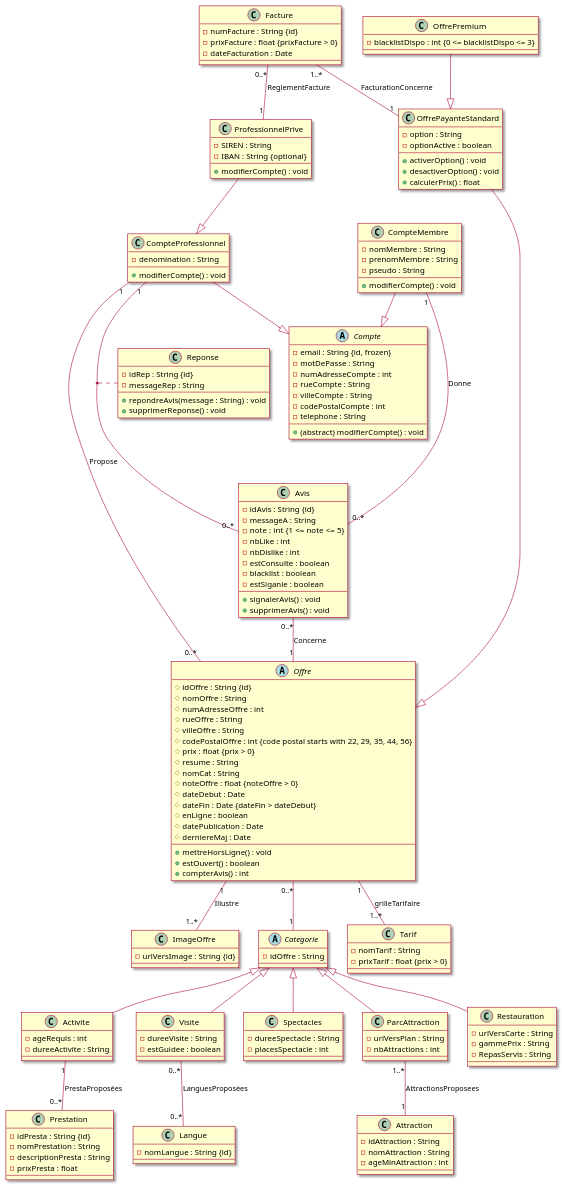
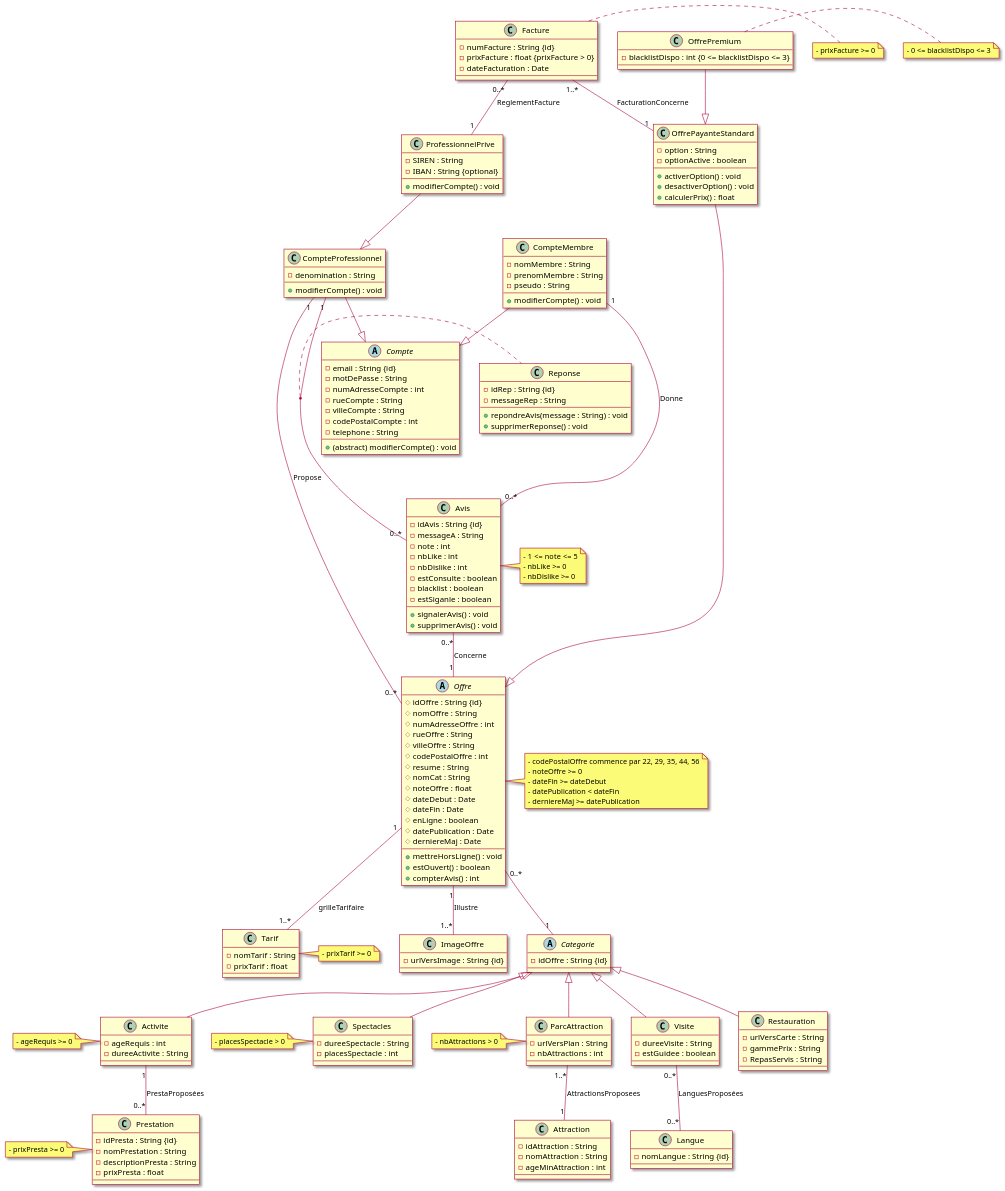
Before and after one commit to ArianeGL/c1.2-srfc: the diagram in bdd/uml.puml, drawn with PlantUML. The commit also changed 1 other file, not shown here.

```diff
--- a/bdd/uml.puml
+++ b/bdd/uml.puml
@@ -3,7 +3,7 @@
 skin rose
 
 abstract class Compte {
-  - email : String {id, frozen}
+  - email : String {id}
   - motDePasse : String
   - numAdresseCompte : int
   - rueCompte : String
@@ -43,13 +43,12 @@
   # numAdresseOffre : int
   # rueOffre : String
   # villeOffre : String
-  # codePostalOffre : int {code postal starts with 22, 29, 35, 44, 56}
-  # prix : float {prix > 0}
+  # codePostalOffre : int
   # resume : String
   # nomCat : String
-  # noteOffre : float {noteOffre > 0}
+  # noteOffre : float
   # dateDebut : Date
-  # dateFin : Date {dateFin > dateDebut}
+  # dateFin : Date
   # enLigne : boolean
   # datePublication : Date
   # derniereMaj : Date
@@ -58,6 +57,14 @@
   + compterAvis() : int
 }
 
+note right of Offre
+- codePostalOffre commence par 22, 29, 35, 44, 56
+- noteOffre >= 0
+- dateFin >= dateDebut
+- datePublication < dateFin
+- derniereMaj >= datePublication
+end note
+
 class ImageOffre {
   - urlVersImage : String {id}
 }
@@ -65,7 +72,7 @@
 Offre "1" -- "1..*" ImageOffre: Illustre
 
 abstract class Categorie {
-  - idOffre : String
+  - idOffre : String {id}
 }
 
 class Activite{
@@ -73,12 +80,15 @@
   - dureeActivite : String
 }
 
+note left of Activite:- ageRequis >= 0
+
 class Prestation {
   - idPresta : String {id}
   - nomPrestation : String
   - descriptionPresta : String
   - prixPresta : float
 }
+note left of Prestation:- prixPresta >= 0
 
 Activite "1" -- "0..*" Prestation : PrestaProposées
 
@@ -96,13 +106,14 @@
 class Spectacles {
   - dureeSpectacle : String
   - placesSpectacle : int
-  
 }
+note left of Spectacles:- placesSpectacle > 0
 
 class ParcAttraction {
   - urlVersPlan : String
   - nbAttractions : int
 }
+note left of ParcAttraction:- nbAttractions > 0
 
 class Attraction {
   - idAttraction : String
@@ -136,8 +147,9 @@
 
 class Tarif {
   - nomTarif : String
-  - prixTarif : float {prix > 0}
+  - prixTarif : float
 }
+note right of Tarif:- prixTarif >= 0
 
 Offre "1" -- "1..*" Tarif : grilleTarifaire
 
@@ -145,6 +157,7 @@
 class OffrePremium {
   - blacklistDispo : int {0 <= blacklistDispo <= 3}
 }
+note right of OffrePremium:- 0 <= blacklistDispo <= 3
 
 OffrePayanteStandard --|> Offre
 OffrePremium --|> OffrePayanteStandard
@@ -152,7 +165,7 @@
 class Avis {
   - idAvis : String {id}
   - messageA : String
-  - note : int {1  <= note <= 5}
+  - note : int
   - nbLike : int
   - nbDislike : int
   - estConsulte : boolean
@@ -161,6 +174,11 @@
   + signalerAvis() : void
   + supprimerAvis() : void
 }
+note right of Avis
+- 1  <= note <= 5
+- nbLike >= 0
+- nbDislike >= 0
+end note
 
 class Reponse {
   - idRep : String {id}
@@ -181,6 +199,7 @@
   - prixFacture : float {prixFacture > 0}
   - dateFacturation : Date
 }
+note right of Facture:- prixFacture >= 0
 
 Facture "1..*" -- "1" OffrePayanteStandard: FacturationConcerne
 Facture "0..*" -- "1" ProfessionnelPrive : ReglementFacture
```
